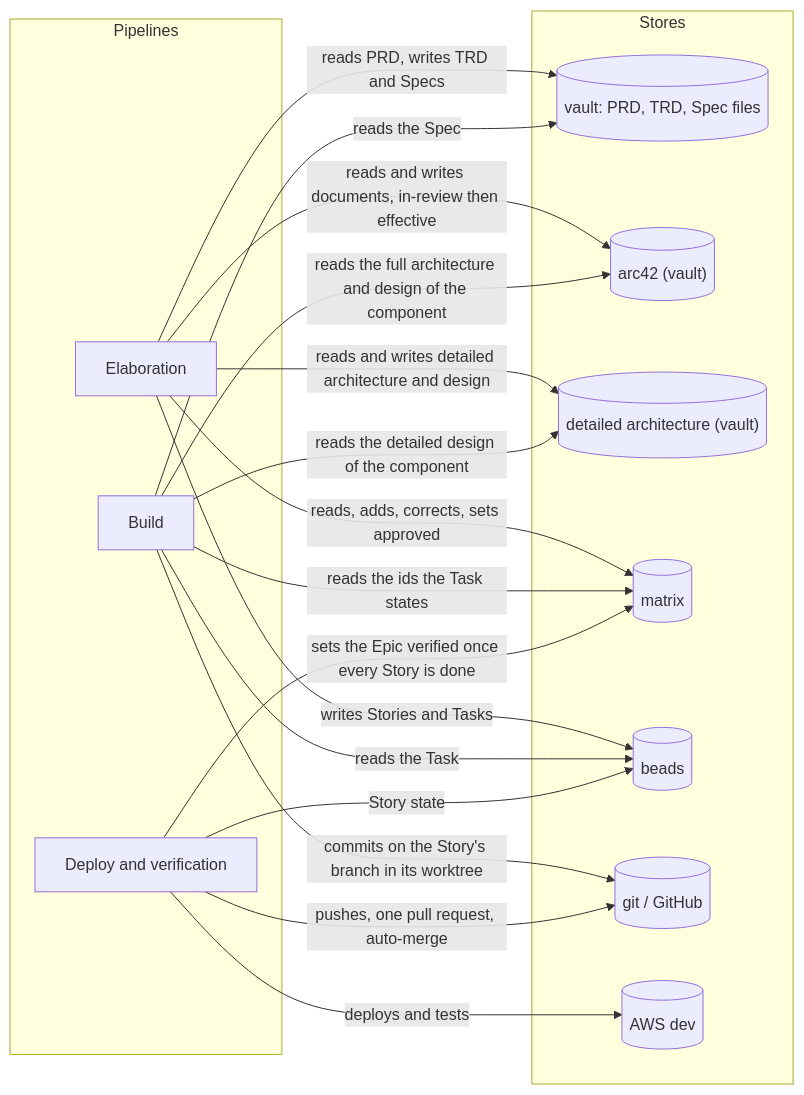
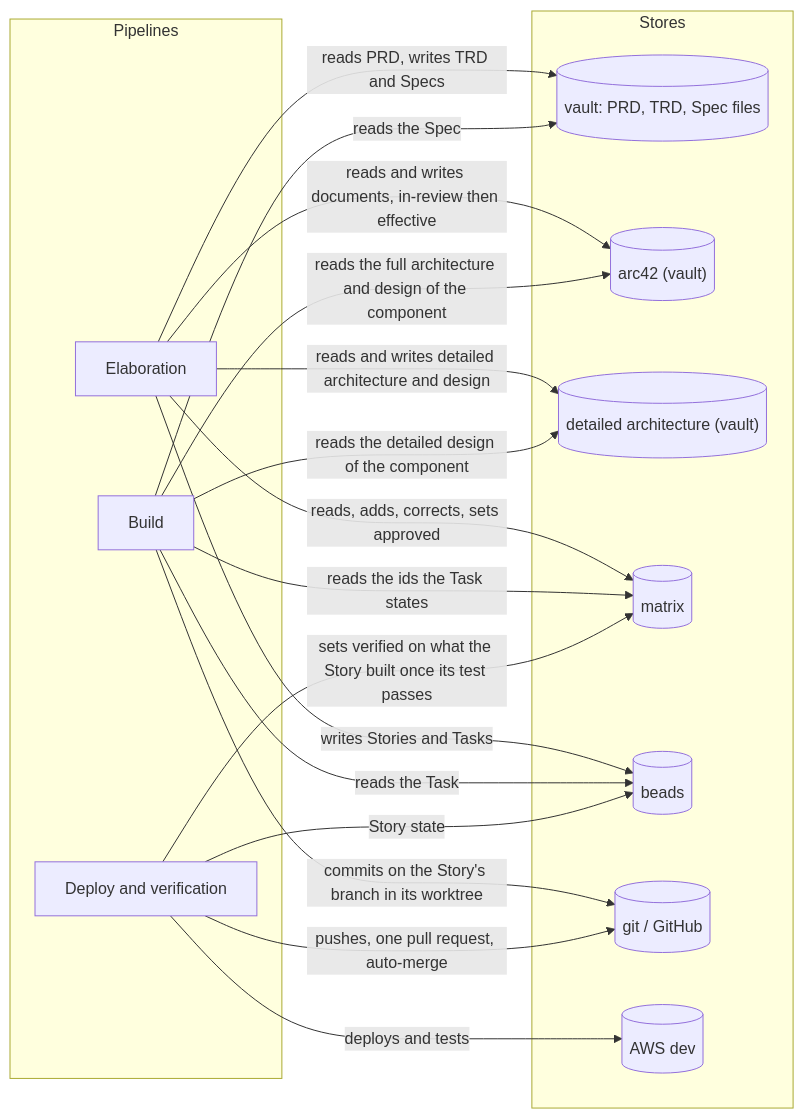
One commit to mark-satterfield/toolset changed the second of 2 diagrams in plugins/agent-teams-workforce/blueprint/design/pipelines.md. Above: the diagram before and after it, drawn with Mermaid. The commit also changed other lines of this file and 9 other files, not shown here.

````diff
--- a/plugins/agent-teams-workforce/blueprint/design/pipelines.md
+++ b/plugins/agent-teams-workforce/blueprint/design/pipelines.md
@@ -111,32 +111,32 @@
 ```mermaid
 flowchart LR
     subgraph P["Pipelines"]
         EL["Elaboration"]
         BU["Build"]
         DE["Deploy and verification"]
     end
     subgraph S["Stores"]
         V[("vault: PRD, TRD, Spec files")]
         A42[("arc42 (vault)")]
         DA[("detailed architecture (vault)")]
         MX[("matrix")]
         BD[("beads")]
         G[("git / GitHub")]
         AWS[("AWS dev")]
     end
     EL -->|"reads PRD, writes TRD and Specs"| V
     EL -->|"reads and writes documents, in-review then effective"| A42
     EL -->|"reads and writes detailed architecture and design"| DA
     EL -->|"reads, adds, corrects, sets approved"| MX
     EL -->|"writes Stories and Tasks"| BD
     BU -->|"reads the Task"| BD
     BU -->|"reads the Spec"| V
     BU -->|"reads the full architecture and design of the component"| A42
     BU -->|"reads the detailed design of the component"| DA
     BU -->|"reads the ids the Task states"| MX
     BU -->|"commits on the Story's branch in its worktree"| G
     DE -->|"deploys and tests"| AWS
     DE -->|"pushes, one pull request, auto-merge"| G
-    DE -->|"sets the Epic verified once every Story is done"| MX
+    DE -->|"sets verified on what the Story built once its test passes"| MX
     DE -->|"Story state"| BD
 ```
````
